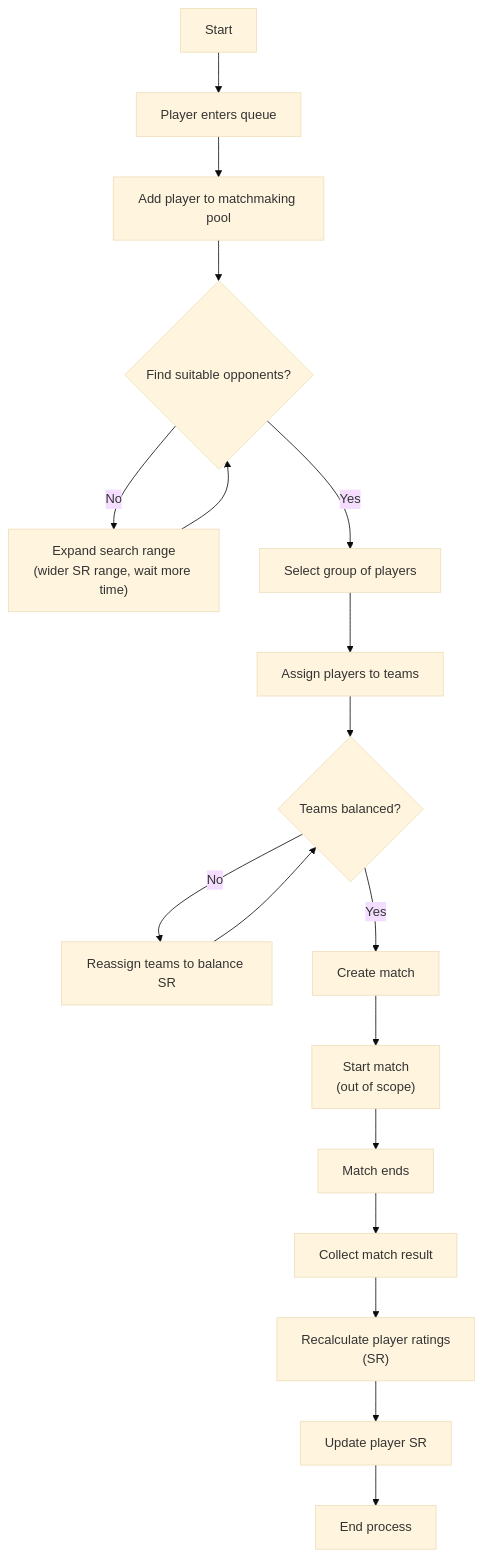
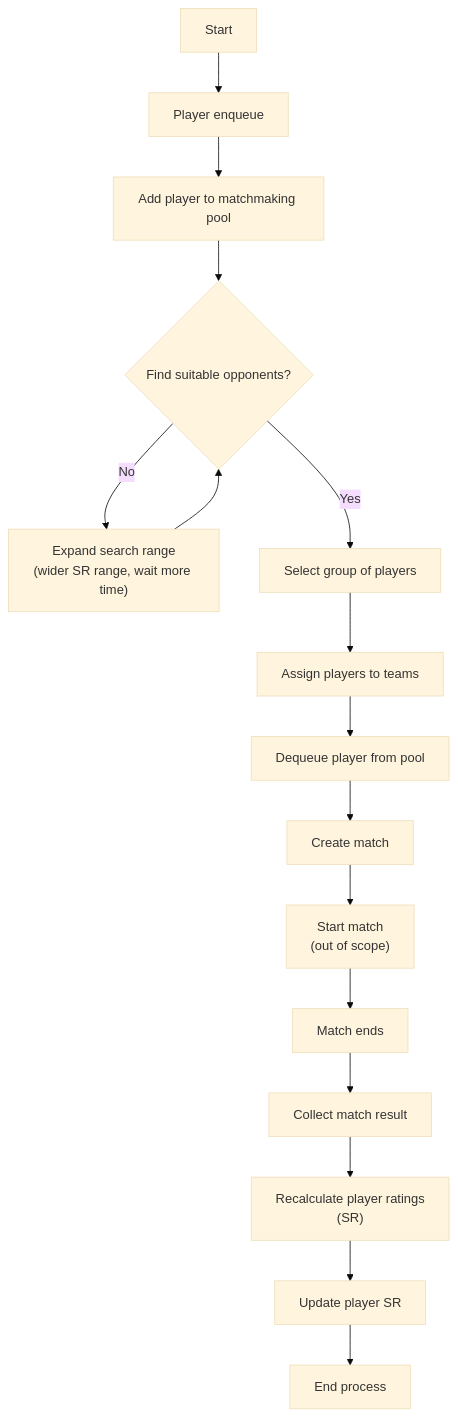
Before and after one commit to dpbL5/glicko2-matchmaking-system: the first of 7 diagrams in docs/analysis-and-design.md, drawn with Mermaid (base theme). The commit also changed other lines of this file and 1 other file, not shown here.

````diff
--- a/docs/analysis-and-design.md
+++ b/docs/analysis-and-design.md
@@ -26,34 +26,31 @@
 ```mermaid
 flowchart TD
     X[Start] --> A
 
-    A[Player enters queue] --> B[Add player to matchmaking pool]
+    A[Player enqueue] --> B[Add player to matchmaking pool]
 
     B --> C{Find suitable opponents?}
 
     C -- No --> D["Expand search range<br/>(wider SR range, wait more time)"]
     D --> C
 
     C -- Yes --> E[Select group of players]
 
     E --> F[Assign players to teams]
 
-    F --> H{Teams balanced?}
+    F --> H1[Dequeue player from pool]
 
-    H -- No --> G2[Reassign teams to balance SR]
-    G2 --> H
-
-    H -- Yes --> G[Create match]
+    H1 --> G[Create match]
     
     G --> I["Start match<br/>(out of scope)"]
 
     I --> J[Match ends]
 
     J --> K[Collect match result]
 
     K --> L["Recalculate player ratings<br/>(SR)"]
 
     L --> M[Update player SR]
 
     M --> N[End process]
 ```
````
